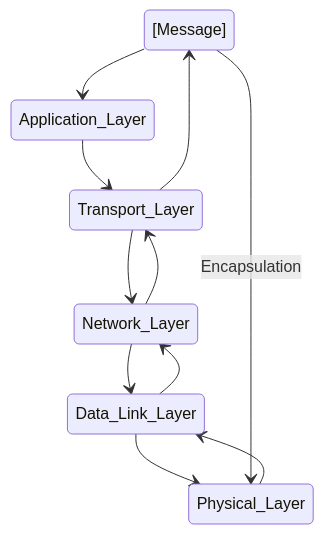
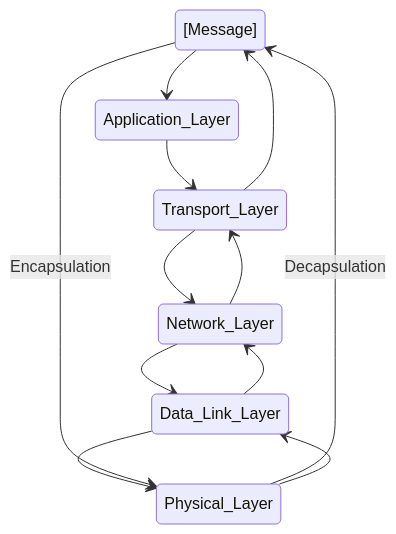
One commit to YoungHaKim7/Algorithm_Training changed the diagram in 09_Networking_Algorithm/README.md. Above: the diagram before and after it, drawn with Mermaid.

Commit message:
Decapsulation

````diff
--- a/09_Networking_Algorithm/README.md
+++ b/09_Networking_Algorithm/README.md
@@ -51,13 +51,14 @@
 ```mermaid
 stateDiagram-v2
     [Message] --> Application_Layer
     Application_Layer --> Transport_Layer
     Transport_Layer --> Network_Layer
     Network_Layer --> Data_Link_Layer
     Data_Link_Layer --> Physical_Layer
     [Message] --> Physical_Layer : Encapsulation
+    Physical_Layer --> [Message] : Decapsulation
     Physical_Layer --> Data_Link_Layer
     Data_Link_Layer --> Network_Layer
     Network_Layer --> Transport_Layer
     Transport_Layer --> [Message]
 ```
````
